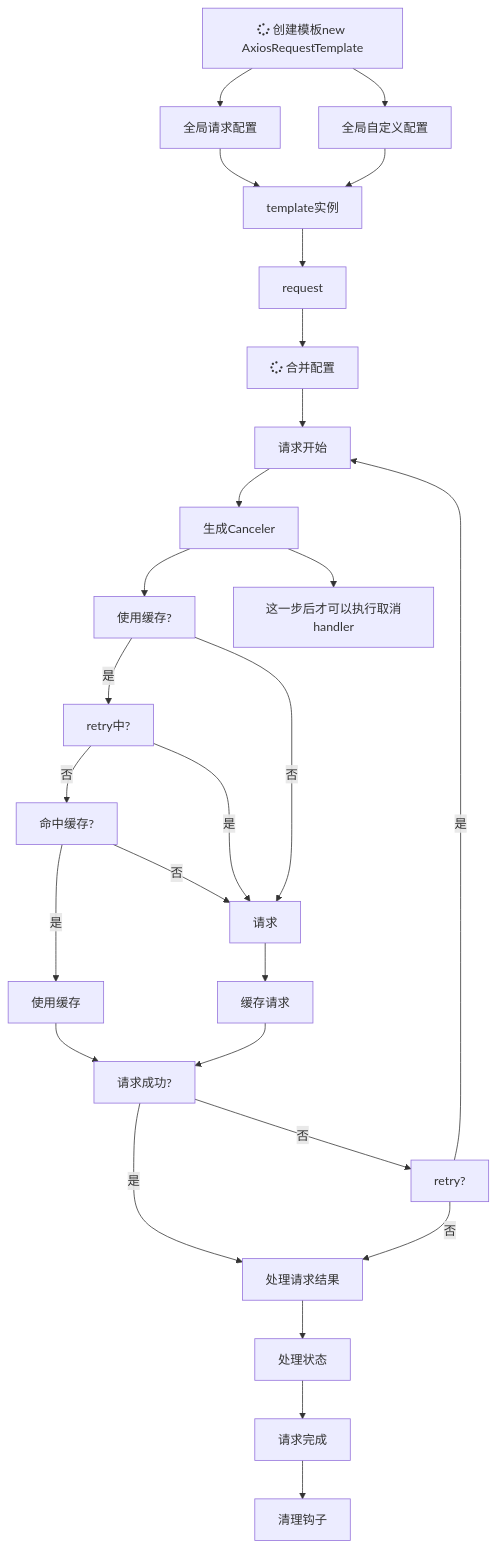
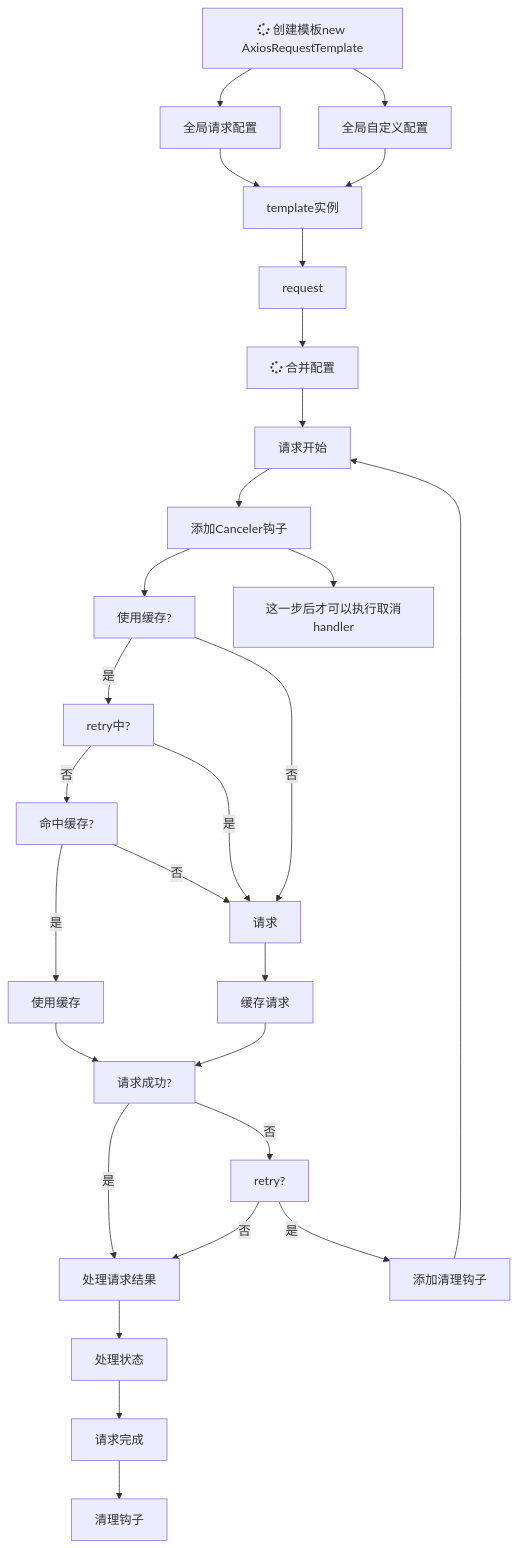
One commit to mengxinssfd/request-template changed the diagram in README.md. Above: the diagram before and after it, drawn with Mermaid. The commit also changed other lines of this file, not shown here.

````diff
--- a/README.md
+++ b/README.md
@@ -49,44 +27,44 @@
 ```mermaid
 flowchart
 MergeConfig[fa:fa-spinner 合并配置]
 CreateTemplate[fa:fa-spinner 创建模板new AxiosRequestTemplate]
 GlobalRequestConfig[全局请求配置]
 GlobalCustomConfig[全局自定义配置]
 
 
 CreateTemplate --> GlobalRequestConfig --> template实例
 CreateTemplate --> GlobalCustomConfig --> template实例
 
 
 template实例 --> request
 
 
-request --> MergeConfig --> 请求开始 --> 生成Canceler --> 使用缓存?
+request --> MergeConfig --> 请求开始 --> 添加Canceler钩子 --> 使用缓存?
 
-生成Canceler --> 这一步后才可以执行取消handler
+添加Canceler钩子 --> 这一步后才可以执行取消handler
 
 使用缓存? --> |是| retry中?
 retry中? --> |否| 命中缓存?
 retry中? --> |是| 请求
 
 
 命中缓存?  --> |是| 使用缓存 --> 请求成功?
 命中缓存?  --> |否| 请求
 
 使用缓存? --> |否| 请求 --> 缓存请求  --> 请求成功?
 
 请求成功? --> |是| 处理请求结果
 请求成功? --> |否| retry?
 
 
 retry? --> |否| 处理请求结果
-retry? --> |是| 请求开始
+retry? --> |是| 添加清理钩子 --> 请求开始
 
 
 处理请求结果 --> 处理状态 --> 请求完成 --> 清理钩子
 
 
 
 
 
 ```
````
